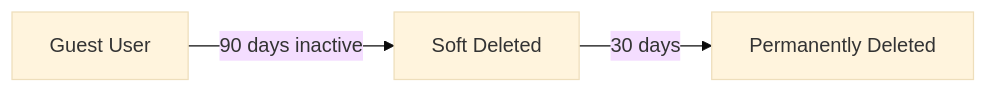
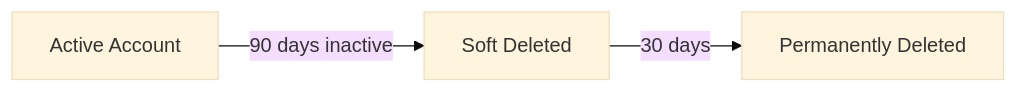
One commit to LukeEvansTech/col-entra-id changed the second of 2 diagrams in docs/docs/runbooks.md. Above: the diagram before and after it, drawn with Mermaid (base theme). The commit also changed other lines of this file and 8 other files, not shown here.

````diff
--- a/docs/docs/runbooks.md
+++ b/docs/docs/runbooks.md
@@ -21,5 +21,5 @@
 ```mermaid
-graph LR
-    A[Guest User] -->|90 days inactive| B[Soft Deleted]
+flowchart LR
+    A[Active Account] -->|90 days inactive| B[Soft Deleted]
     B -->|30 days| C[Permanently Deleted]
 ```
````
